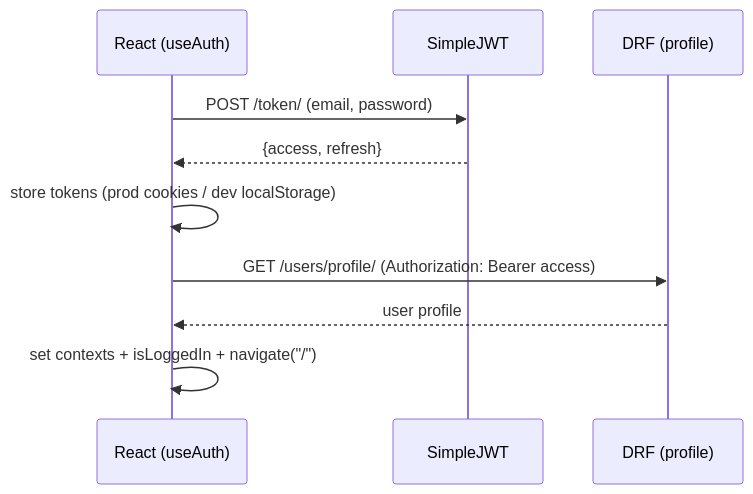
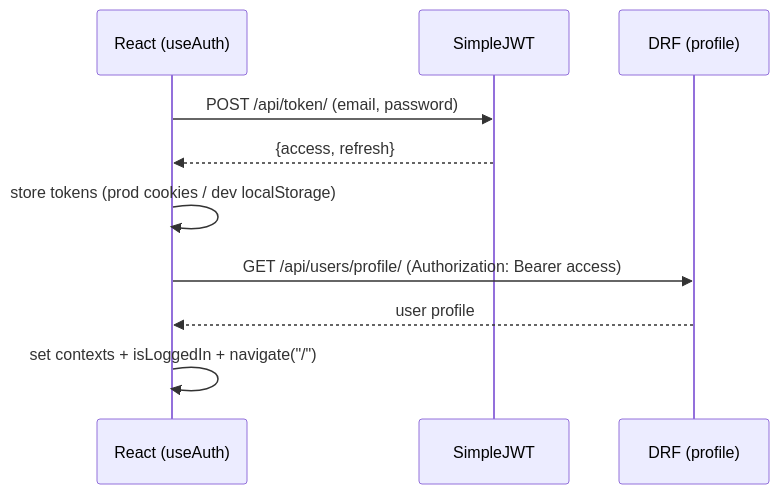
One commit to anthonynarine/tic_tac_toe changed the second of 7 diagrams in README.MD. Above: the diagram before and after it, drawn with Mermaid. The commit also changed other lines of this file, not shown here.

````diff
--- a/README.MD
+++ b/README.MD
@@ -98,13 +133,13 @@
 ```mermaid
 sequenceDiagram
   participant FE as React (useAuth)
   participant JWT as SimpleJWT
   participant API as DRF (profile)
 
-  FE->>JWT: POST /token/ (email, password)
+  FE->>JWT: POST /api/token/ (email, password)
   JWT-->>FE: {access, refresh}
   FE->>FE: store tokens (prod cookies / dev localStorage)
-  FE->>API: GET /users/profile/ (Authorization: Bearer access)
+  FE->>API: GET /api/users/profile/ (Authorization: Bearer access)
   API-->>FE: user profile
   FE->>FE: set contexts + isLoggedIn + navigate("/")
 ```
````
